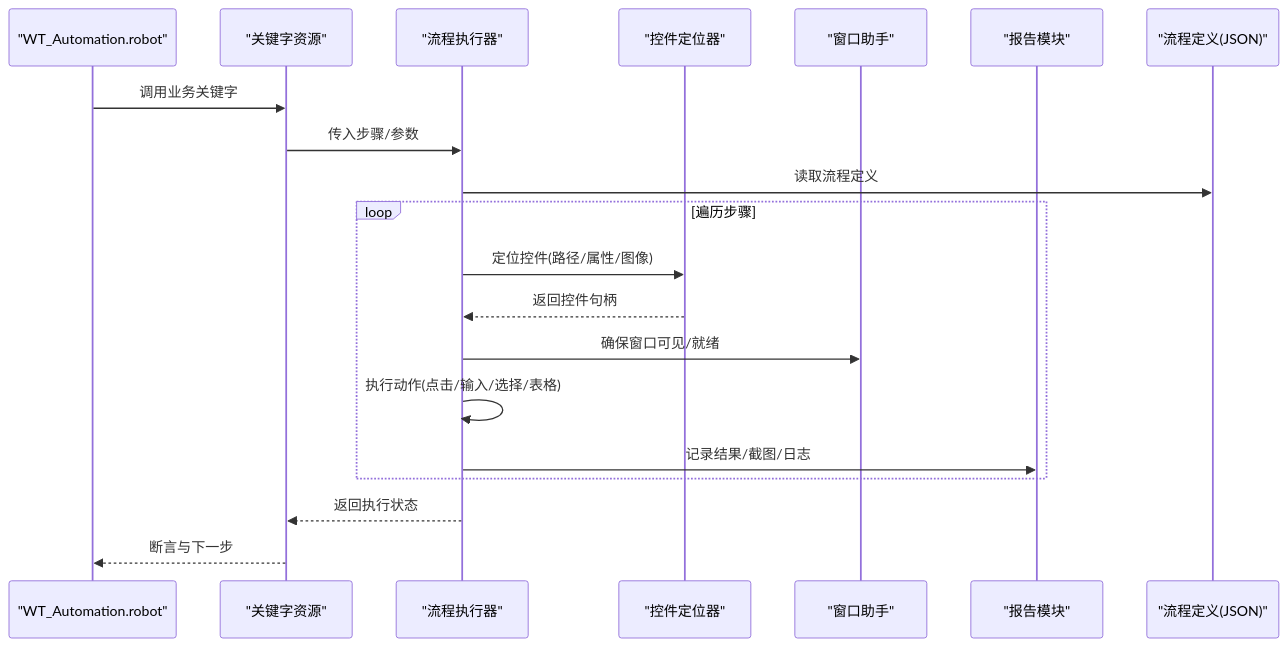
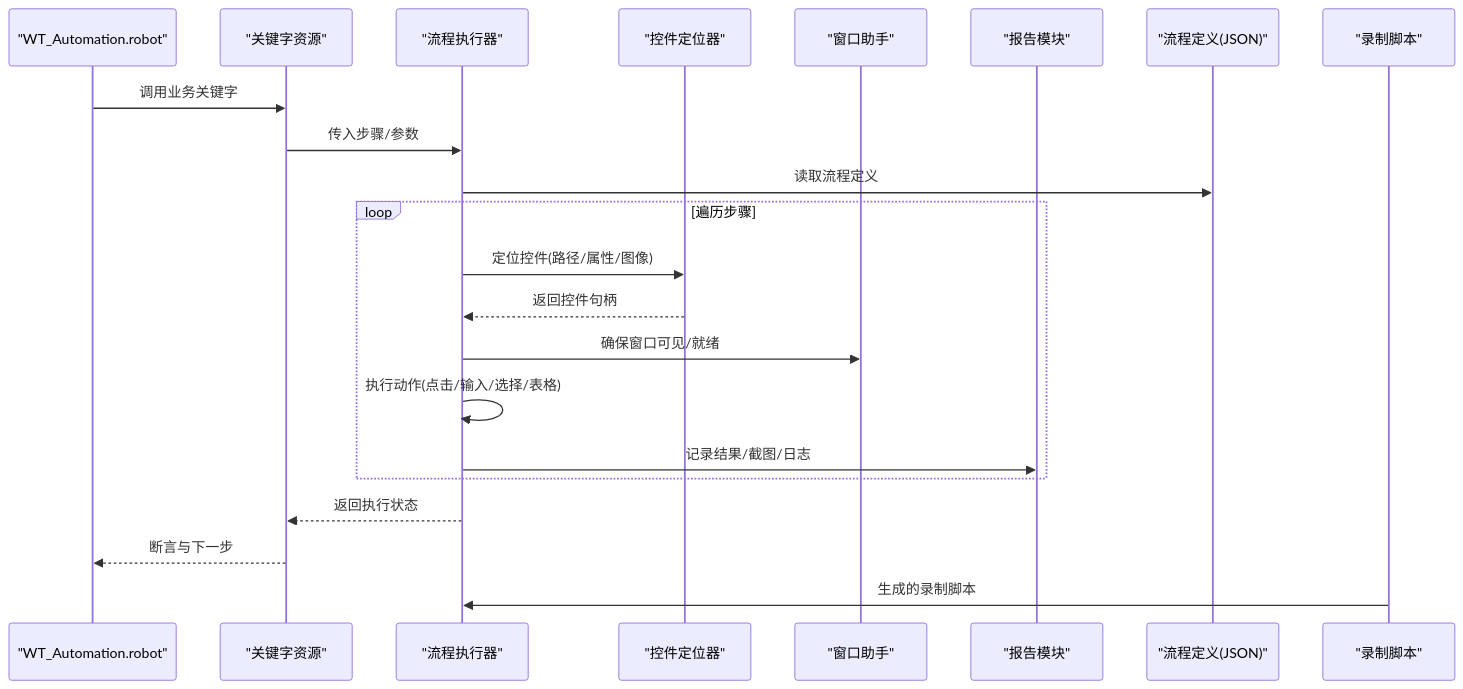
The second of 6 diagrams in .qoder/repowiki/zh/content/示例案例/UI测试案例.md (hanago33/WT_Automation), drawn with Mermaid before and after one commit. The commit also changed other lines of this file and 220 other files, not shown here.

````diff
--- a/.qoder/repowiki/zh/content/示例案例/UI测试案例.md
+++ b/.qoder/repowiki/zh/content/示例案例/UI测试案例.md
@@ -141,22 +155,24 @@
 ```mermaid
 sequenceDiagram
 participant RF as "WT_Automation.robot"
 participant KEY as "关键字资源"
 participant EXEC as "流程执行器"
 participant LOC as "控件定位器"
 participant WIN as "窗口助手"
 participant REP as "报告模块"
 participant FLOW as "流程定义(JSON)"
+participant REC as "录制脚本"
 RF->>KEY : 调用业务关键字
 KEY->>EXEC : 传入步骤/参数
 EXEC->>FLOW : 读取流程定义
 loop 遍历步骤
 EXEC->>LOC : 定位控件(路径/属性/图像)
 LOC-->>EXEC : 返回控件句柄
 EXEC->>WIN : 确保窗口可见/就绪
 EXEC->>EXEC : 执行动作(点击/输入/选择/表格)
 EXEC->>REP : 记录结果/截图/日志
 end
 EXEC-->>KEY : 返回执行状态
 KEY-->>RF : 断言与下一步
+REC->>EXEC : 生成的录制脚本
 ```
````
